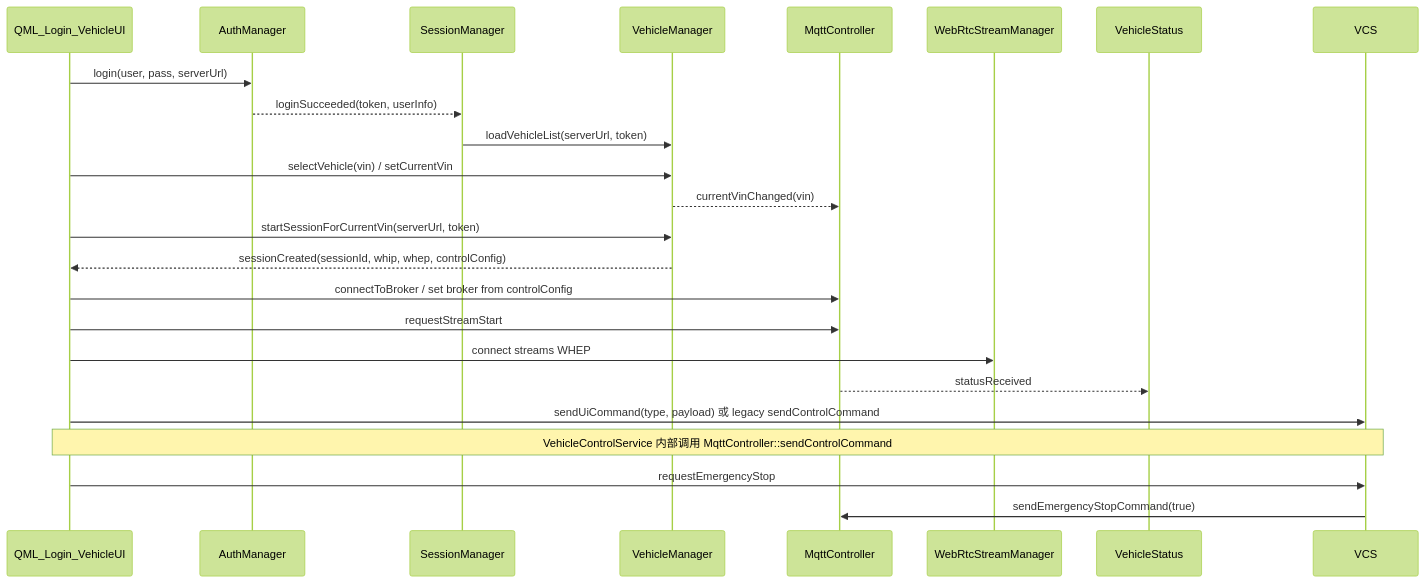
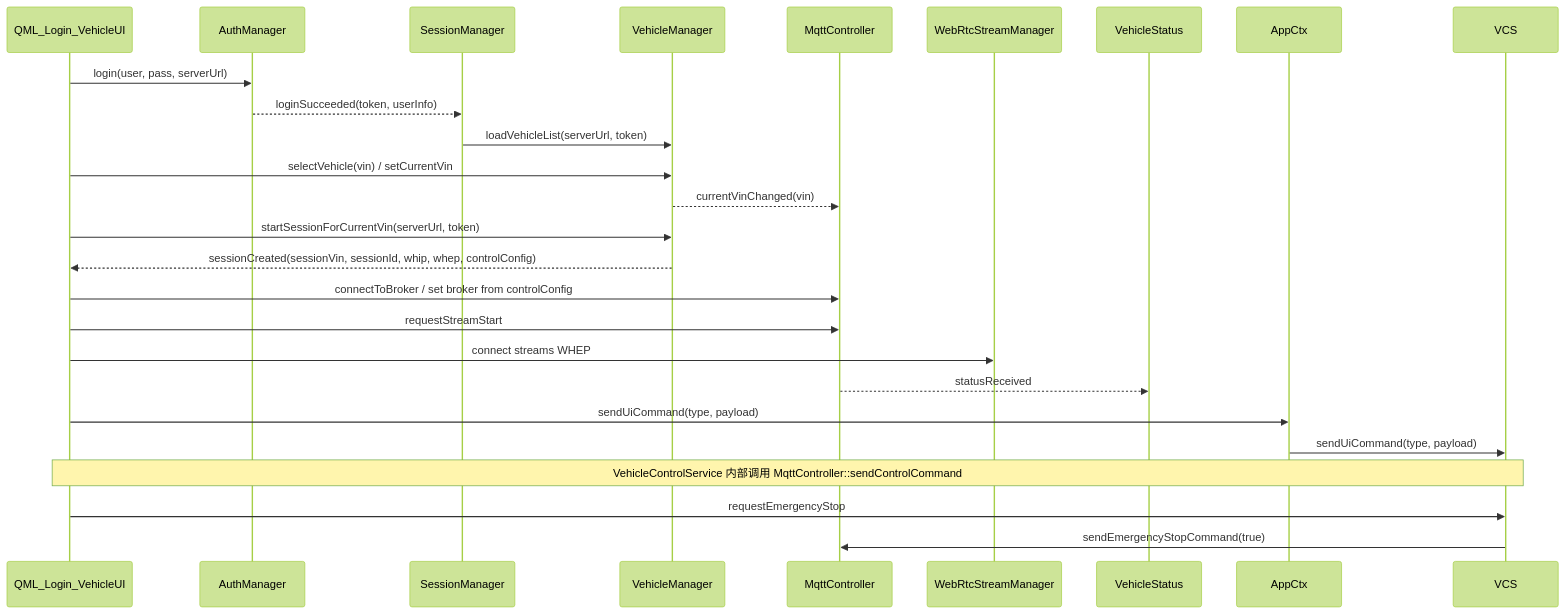
One commit to xinruozhishui201314/Remote-Driving-OK changed the diagram in client/docs/CALLCHAIN_AND_ARCHITECTURE.md. Above: the diagram before and after it, drawn with Mermaid (forest theme). The commit also changed other lines of this file and 397 other files, not shown here.

````diff
--- a/client/docs/CALLCHAIN_AND_ARCHITECTURE.md
+++ b/client/docs/CALLCHAIN_AND_ARCHITECTURE.md
@@ -7,26 +7,27 @@
 ```mermaid
 sequenceDiagram
   participant QML as QML_Login_VehicleUI
   participant Auth as AuthManager
   participant Sess as SessionManager
   participant VM as VehicleManager
   participant MQTT as MqttController
   participant WSM as WebRtcStreamManager
   participant VS as VehicleStatus
 
   QML->>Auth: login(user, pass, serverUrl)
   Auth-->>Sess: loginSucceeded(token, userInfo)
   Sess->>VM: loadVehicleList(serverUrl, token)
   QML->>VM: selectVehicle(vin) / setCurrentVin
   VM-->>MQTT: currentVinChanged(vin)
   QML->>VM: startSessionForCurrentVin(serverUrl, token)
-  VM-->>QML: sessionCreated(sessionId, whip, whep, controlConfig)
+  VM-->>QML: sessionCreated(sessionVin, sessionId, whip, whep, controlConfig)
   QML->>MQTT: connectToBroker / set broker from controlConfig
   QML->>MQTT: requestStreamStart
   QML->>WSM: connect streams WHEP
   MQTT-->>VS: statusReceived
-  QML->>VCS: sendUiCommand(type, payload) 或 legacy sendControlCommand
+  QML->>AppCtx: sendUiCommand(type, payload)
+  AppCtx->>VCS: sendUiCommand(type, payload)
   Note over QML,VCS: VehicleControlService 内部调用 MqttController::sendControlCommand
   QML->>VCS: requestEmergencyStop
   VCS->>MQTT: sendEmergencyStopCommand(true)
 ```
````
